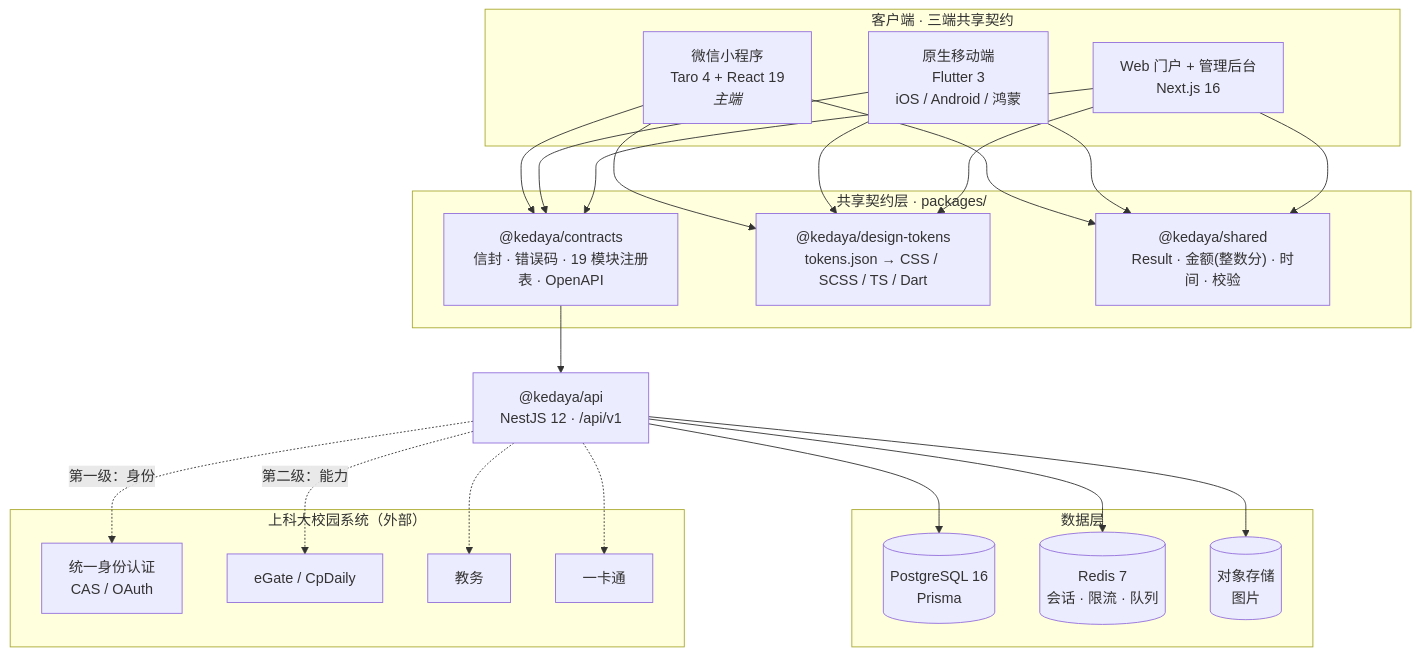
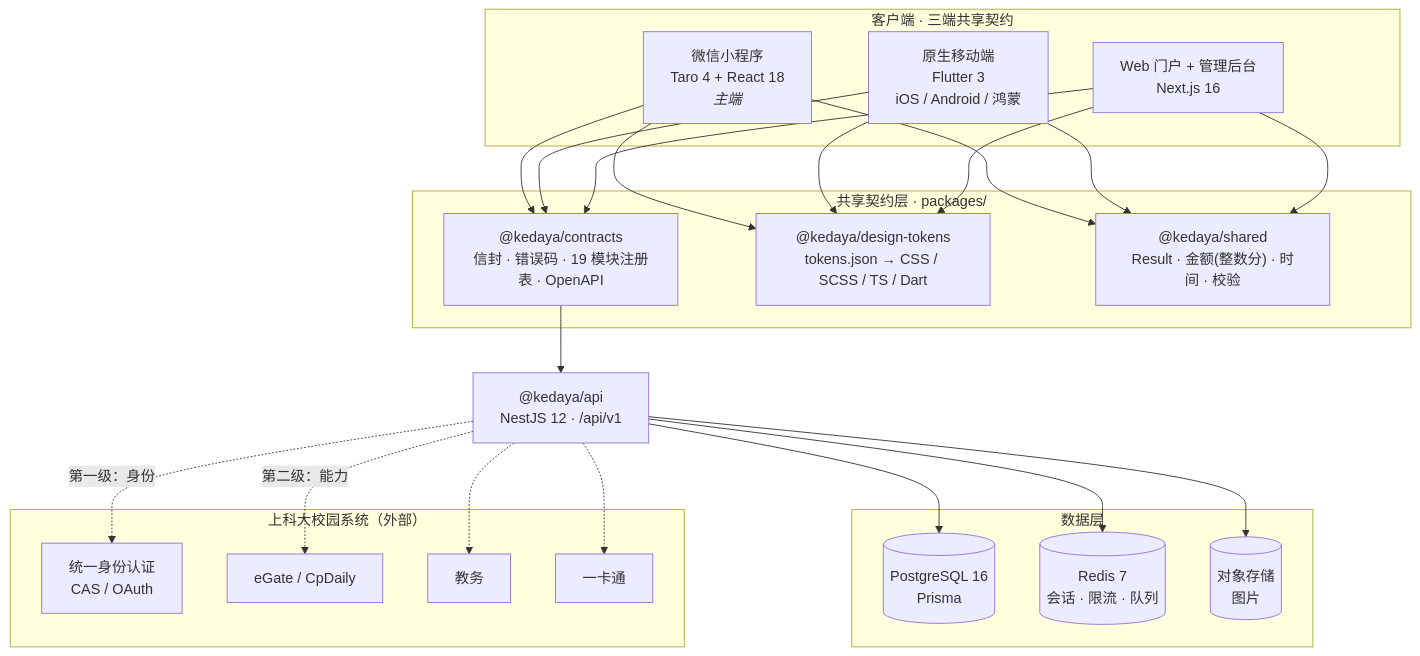
One commit to tzhazuma/kedaya changed the diagram in README.md. Above: the diagram before and after it, drawn with Mermaid. The commit also changed other lines of this file, not shown here.

````diff
--- a/README.md
+++ b/README.md
@@ -43,48 +70,48 @@
 ```mermaid
 graph TB
     subgraph clients["客户端 · 三端共享契约"]
-        MP["微信小程序<br/>Taro 4 + React 19<br/><i>主端</i>"]
+        MP["微信小程序<br/>Taro 4 + React 18<br/><i>主端</i>"]
         MB["原生移动端<br/>Flutter 3<br/>iOS / Android / 鸿蒙"]
         WEB["Web 门户 + 管理后台<br/>Next.js 16"]
     end
 
     subgraph shared["共享契约层 · packages/"]
         CON["@kedaya/contracts<br/>信封 · 错误码 · 19 模块注册表 · OpenAPI"]
         TOK["@kedaya/design-tokens<br/>tokens.json → CSS / SCSS / TS / Dart"]
         SHR["@kedaya/shared<br/>Result · 金额(整数分) · 时间 · 校验"]
     end
 
     API["@kedaya/api<br/>NestJS 12 · /api/v1"]
 
     subgraph data["数据层"]
         PG[("PostgreSQL 16<br/>Prisma")]
         RD[("Redis 7<br/>会话 · 限流 · 队列")]
         OSS[("对象存储<br/>图片")]
     end
 
     subgraph campus["上科大校园系统（外部）"]
         SSO["统一身份认证<br/>CAS / OAuth"]
         EGATE["eGate / CpDaily"]
         JW["教务"]
         CARD["一卡通"]
     end
 
     MP --> CON
     MB --> CON
     WEB --> CON
     MP --> TOK
     MB --> TOK
     WEB --> TOK
     MP --> SHR
     MB --> SHR
     WEB --> SHR
 
     CON --> API
     API --> PG
     API --> RD
     API --> OSS
     API -.->|第一级：身份| SSO
     API -.->|第二级：能力| EGATE
     API -.-> JW
     API -.-> CARD
 ```
````
